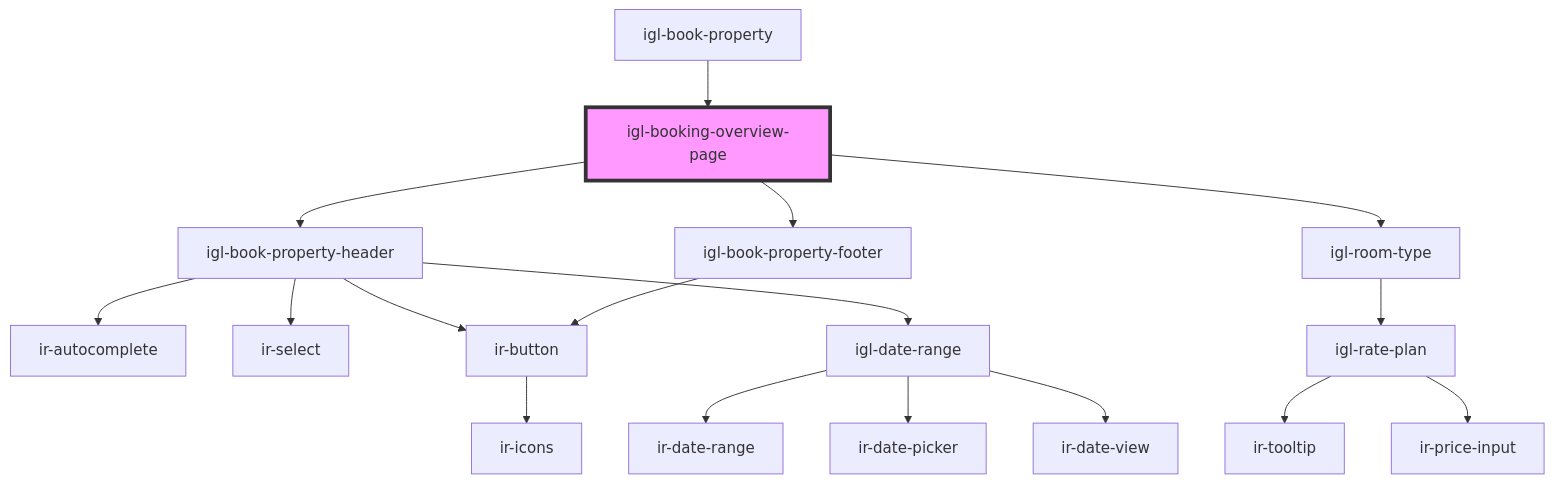
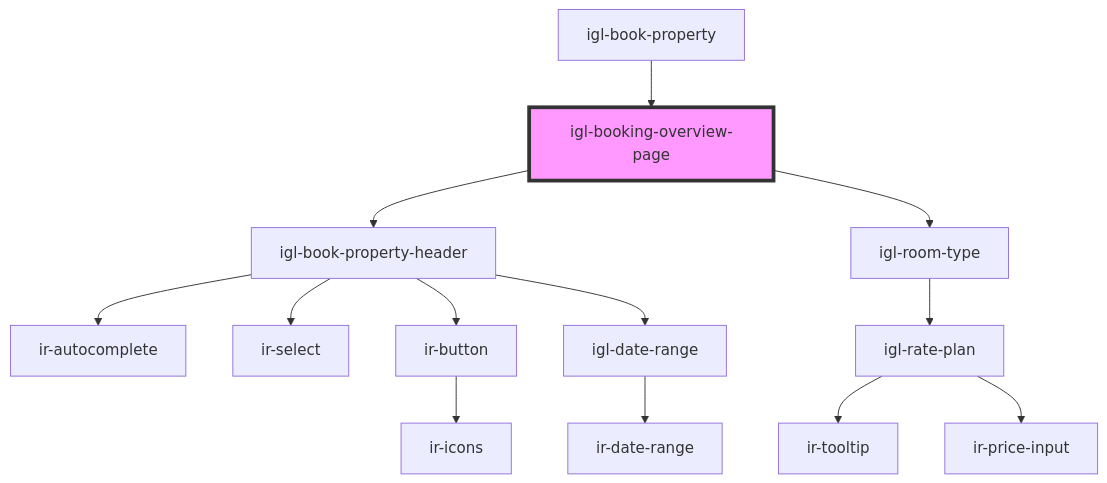
The diagram in src/components/igloo-calendar/igl-book-property/igl-booking-overview-page/readme.md (RonyRizk/ir-webcmp), drawn with Mermaid before and after one commit. The commit also changed other lines of this file and 293 other files, not shown here.

````diff
--- a/src/components/igloo-calendar/igl-book-property/igl-booking-overview-page/readme.md
+++ b/src/components/igloo-calendar/igl-book-property/igl-booking-overview-page/readme.md
@@ -49,20 +48,16 @@
 ```mermaid
 graph TD;
   igl-booking-overview-page --> igl-book-property-header
   igl-booking-overview-page --> igl-room-type
-  igl-booking-overview-page --> igl-book-property-footer
   igl-book-property-header --> ir-autocomplete
   igl-book-property-header --> ir-select
   igl-book-property-header --> ir-button
   igl-book-property-header --> igl-date-range
   ir-button --> ir-icons
   igl-date-range --> ir-date-range
-  igl-date-range --> ir-date-picker
-  igl-date-range --> ir-date-view
   igl-room-type --> igl-rate-plan
   igl-rate-plan --> ir-tooltip
   igl-rate-plan --> ir-price-input
-  igl-book-property-footer --> ir-button
   igl-book-property --> igl-booking-overview-page
   style igl-booking-overview-page fill:#f9f,stroke:#333,stroke-width:4px
 ```
````
